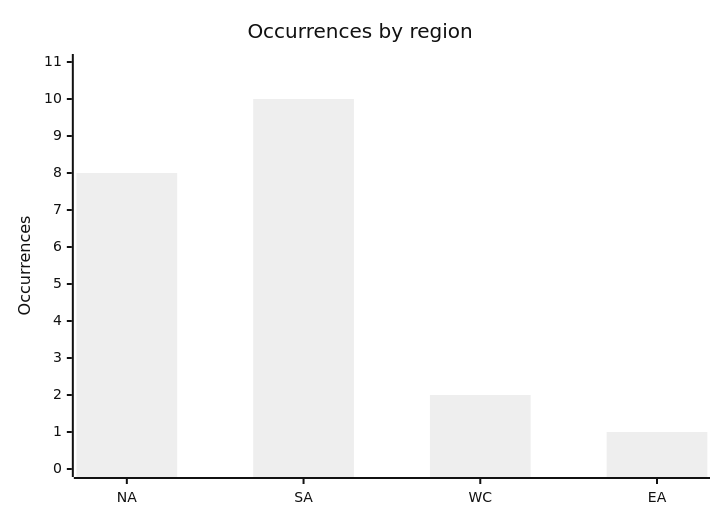
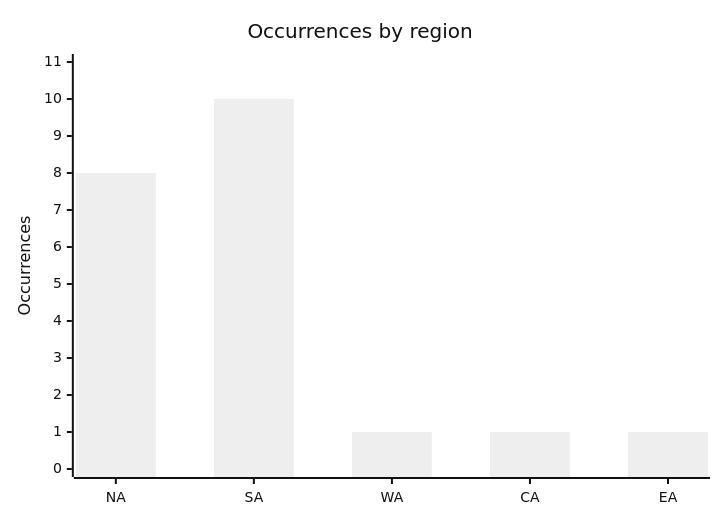
Before and after one commit to Hatchepsoute/AFRINTEL: the fourth of 5 diagrams in CyberAttackAfrica/2025/05-may/README.md, drawn with Mermaid (neutral theme). The commit also changed other lines of this file and 109 other files, not shown here.

````diff
--- a/CyberAttackAfrica/2025/05-may/README.md
+++ b/CyberAttackAfrica/2025/05-may/README.md
@@ -140,7 +141,7 @@
 ```mermaid
 xychart
     title "Occurrences by region"
-    x-axis ["NA","SA","WC","EA"]
+    x-axis ["NA","SA","WA","CA","EA"]
     y-axis "Occurrences" 0 --> 11
-    bar [8,10,2,1]
+    bar [8,10,1,1,1]
 ```
````
